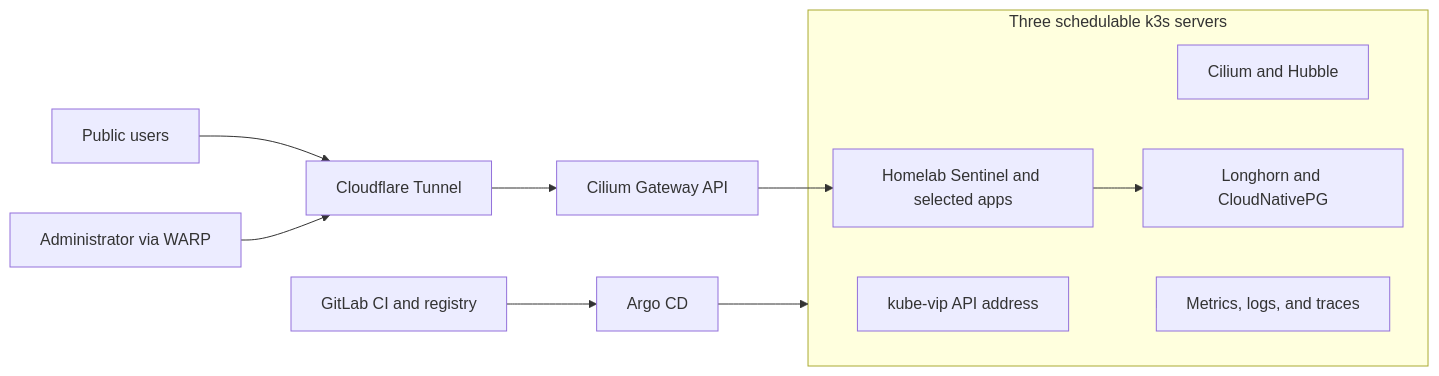
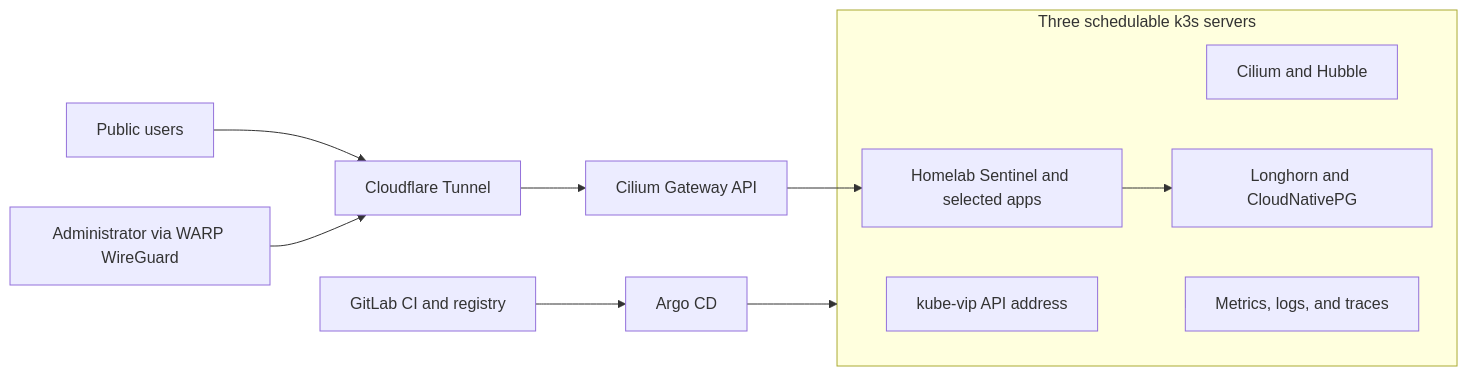
Before and after one commit to AnouarMohamed/k3s-homelab: the diagram in README.md, drawn with Mermaid. The commit also changed other lines of this file and 24 other files, not shown here.

````diff
--- a/README.md
+++ b/README.md
@@ -12,18 +13,18 @@
 ```mermaid
 flowchart LR
   Git[GitLab CI and registry] --> Argo[Argo CD]
   Users[Public users] --> CF[Cloudflare Tunnel]
-  Admin[Administrator via WARP] --> CF
+  Admin[Administrator via WARP WireGuard] --> CF
   CF --> Gateway[Cilium Gateway API]
   Argo --> Cluster
   subgraph Cluster[Three schedulable k3s servers]
     VIP[kube-vip API address]
     Cilium[Cilium and Hubble]
     Storage[Longhorn and CloudNativePG]
     Observe[Metrics, logs, and traces]
     Apps[Homelab Sentinel and selected apps]
   end
   Gateway --> Apps
   Apps --> Storage
   Cluster --> Observe
 ```
````
